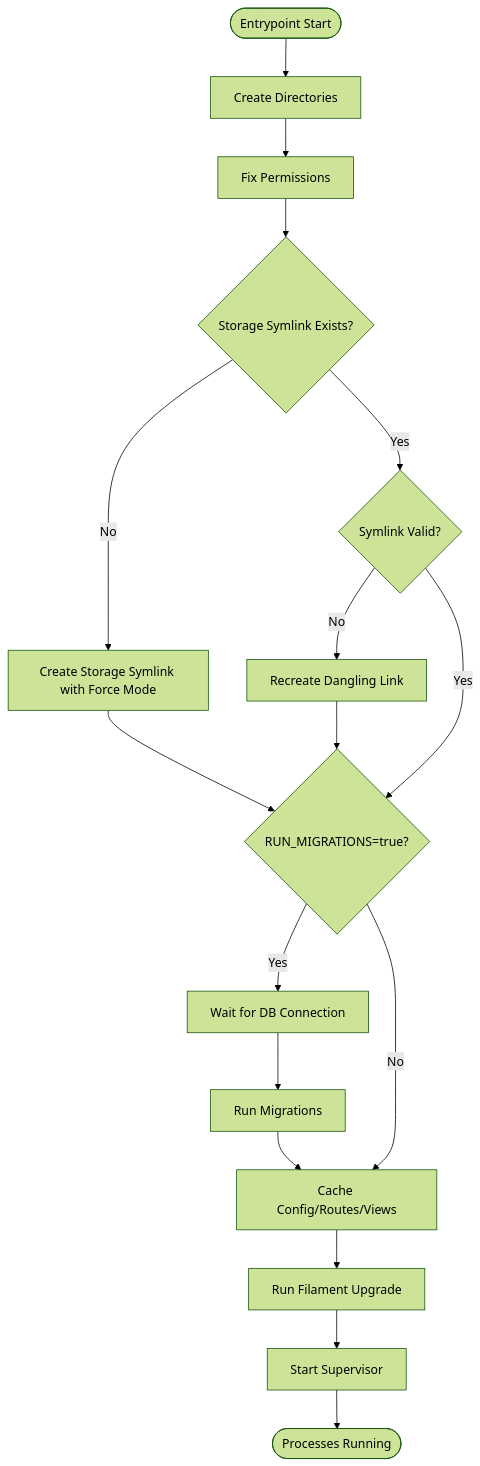
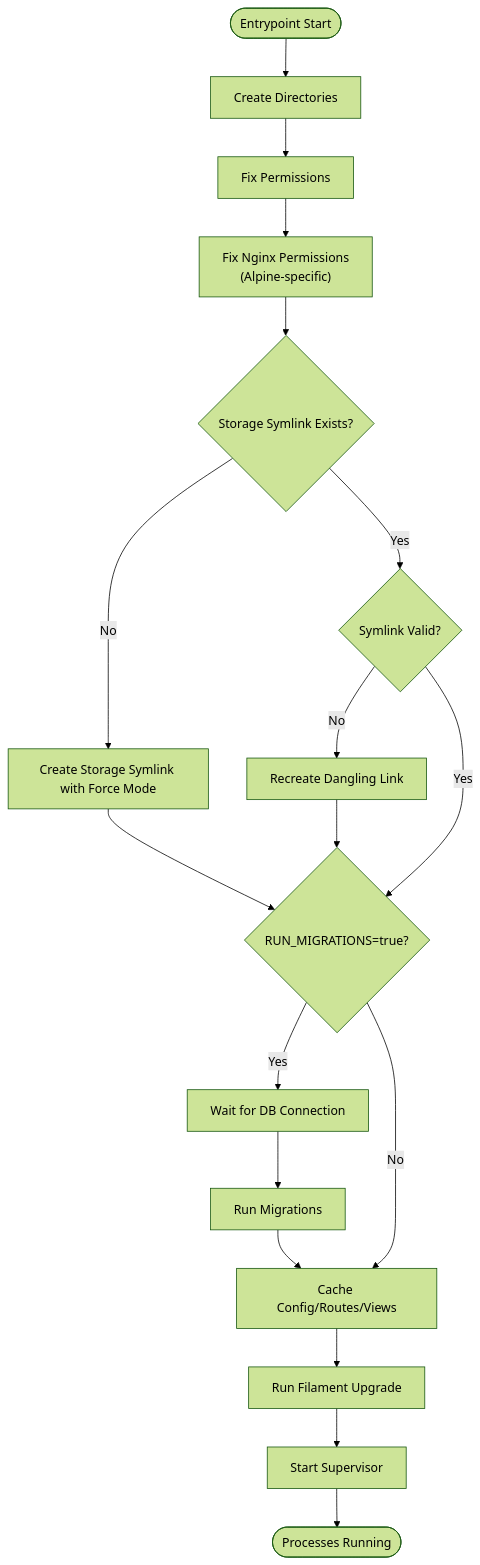
The eighth of 9 diagrams in .qoder/repowiki/en/content/Deployment Guide.md (Dikksap/laravel_RsvHelmet), drawn with Mermaid (forest theme) before and after one commit. The commit also changed other lines of this file and 9 other files, not shown here.

````diff
--- a/.qoder/repowiki/en/content/Deployment Guide.md
+++ b/.qoder/repowiki/en/content/Deployment Guide.md
@@ -326,19 +335,20 @@
 ```mermaid
 flowchart TD
 Start(["Entrypoint Start"]) --> CreateDirs["Create Directories"]
 CreateDirs --> FixPerms["Fix Permissions"]
-FixPerms --> CheckSymlink{"Storage Symlink Exists?"}
+FixPerms --> FixNginxPerms["Fix Nginx Permissions<br/>(Alpine-specific)"]
+FixNginxPerms --> CheckSymlink{"Storage Symlink Exists?"}
 CheckSymlink --> |No| CreateSymlink["Create Storage Symlink with Force Mode"]
 CheckSymlink --> |Yes| ValidateSymlink{"Symlink Valid?"}
 ValidateSymlink --> |No| RecreateSymlink["Recreate Dangling Link"]
 ValidateSymlink --> |Yes| CheckMigrations{"RUN_MIGRATIONS=true?"}
 CreateSymlink --> CheckMigrations
 RecreateSymlink --> CheckMigrations
 CheckMigrations --> |Yes| WaitDB["Wait for DB Connection"]
 WaitDB --> RunMigrate["Run Migrations"]
 CheckMigrations --> |No| CacheStep["Cache Config/Routes/Views"]
 RunMigrate --> CacheStep
 CacheStep --> FilamentUpgrade["Run Filament Upgrade"]
 FilamentUpgrade --> StartSupervisor["Start Supervisor"]
 StartSupervisor --> End(["Processes Running"])
 ```
````
